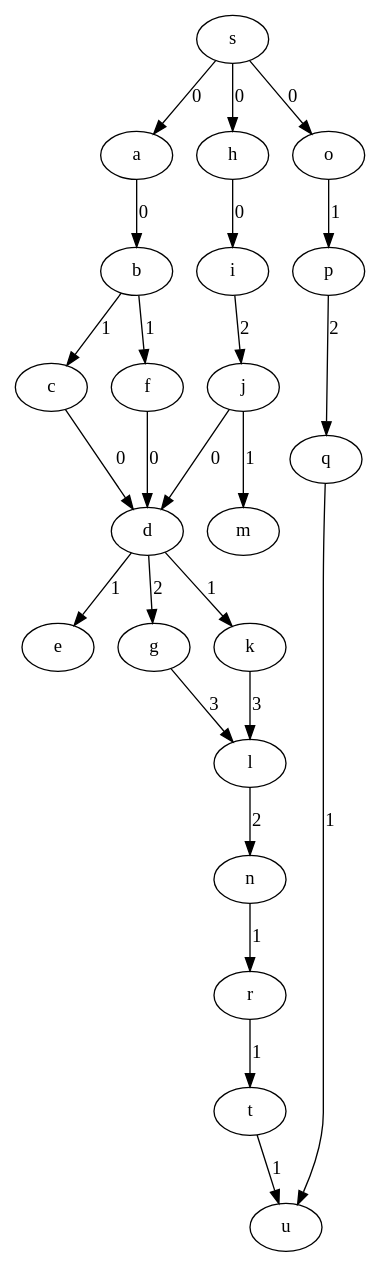
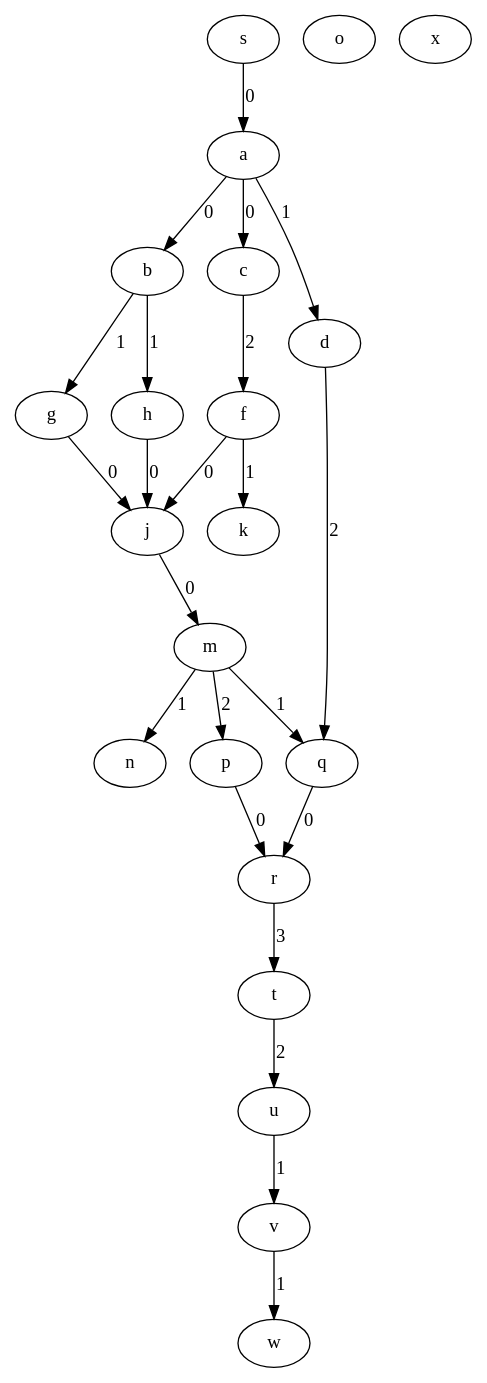
The diagram in examples/pert_chart_graph.dot (nicolasrenet/Graphs), drawn with Graphviz before and after one commit. The commit also changed 3 other files, not shown here.

Commit message:
Old modifs there were never committed: DAG SP/LP added to the graph module.

```diff
--- a/examples/pert_chart_graph.dot
+++ b/examples/pert_chart_graph.dot
@@ -1,47 +1,47 @@
 Digraph {
 a [label="a"];
 b [label="b"];
 c [label="c"];
 d [label="d"];
-e [label="e"];
 f [label="f"];
 g [label="g"];
 h [label="h"];
-i [label="i"];
 j [label="j"];
 k [label="k"];
-l [label="l"];
 m [label="m"];
 n [label="n"];
 o [label="o"];
 p [label="p"];
 q [label="q"];
 r [label="r"];
 s [label="s"];
 t [label="t"];
 u [label="u"];
-a->b[label="0", penwidth=1];
-b->c[label="1", penwidth=1];
-b->f[label="1", penwidth=1];
-c->d[label="0", penwidth=1];
-d->e[label="1", penwidth=1];
-d->g[label="2", penwidth=1];
-d->k[label="1", penwidth=1];
-f->d[label="0", penwidth=1];
-g->l[label="3", penwidth=1];
-h->i[label="0", penwidth=1];
-i->j[label="2", penwidth=1];
-j->d[label="0", penwidth=1];
-j->m[label="1", penwidth=1];
-k->l[label="3", penwidth=1];
-l->n[label="2", penwidth=1];
-n->r[label="1", penwidth=1];
-o->p[label="1", penwidth=1];
-p->q[label="2", penwidth=1];
-q->u[label="1", penwidth=1];
-r->t[label="1", penwidth=1];
-s->a[label="0", penwidth=1];
-s->h[label="0", penwidth=1];
-s->o[label="0", penwidth=1];
-t->u[label="1", penwidth=1];
+v [label="v"];
+w [label="w"];
+x [label="x"];
+
+s -> a [label="0"];
+a -> b [label="0"];
+a -> c [label="0"];
+a -> d [label="1"];
+b -> g [label="1"];
+b -> h [label="1"];
+c -> f [label="2"];
+d -> q [label="2"];
+f -> j [label="0"];
+f -> k [label="1"];
+g -> j [label="0"]
+h -> j [label="0"];
+j -> m [label="0"];
+m -> n [label="1"];
+m -> p [label="2"];
+m -> q [label="1"];
+p -> r [label="0"];
+q -> r [label="0"];
+r -> t [label="3"];
+t -> u [label="2"];
+u -> v [label="1"];
+v -> w [label="1"];
+
 }
```
